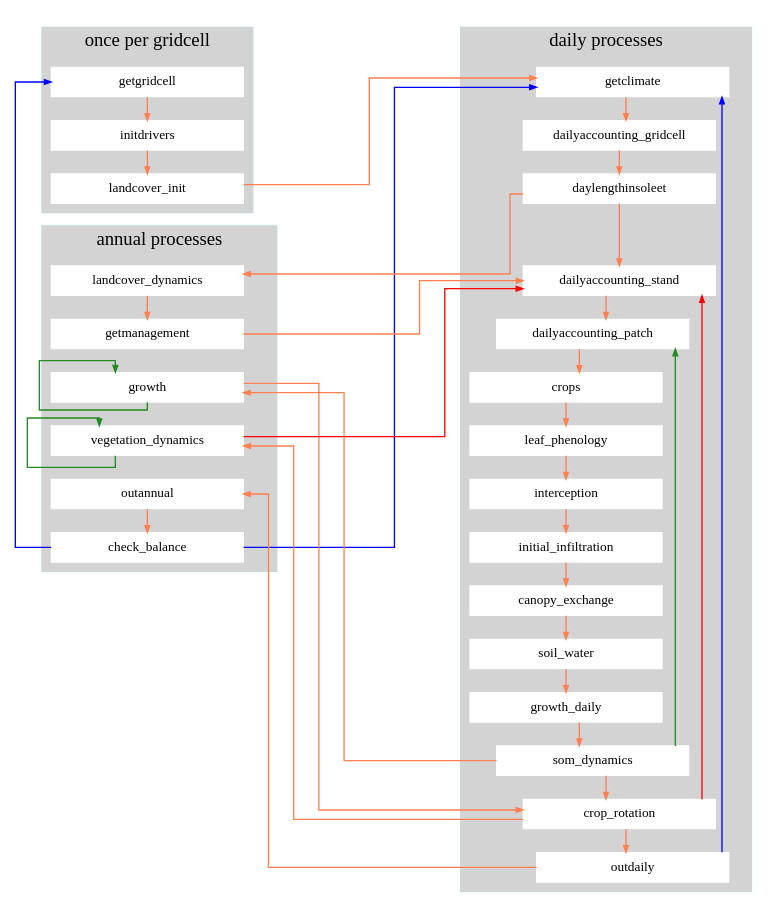
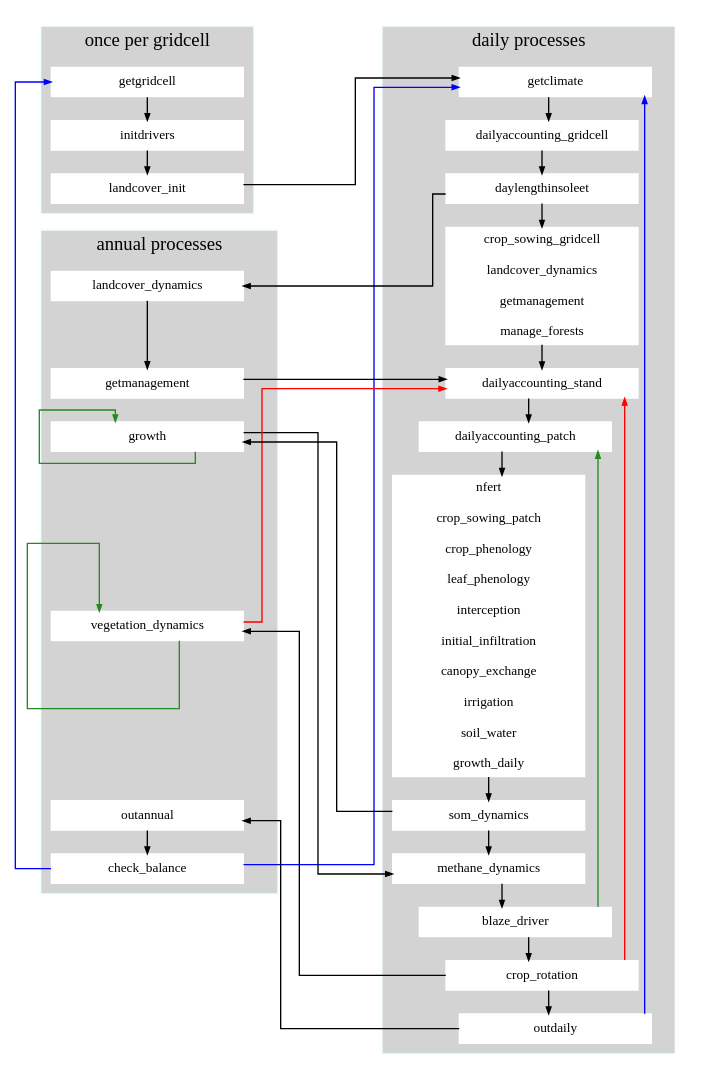
The diagram in reference/figures/framework.dot (mateusdp/LPJ-GUESS-NTD), drawn with Graphviz before and after one commit. The commit also changed 11 other files, not shown here.

```diff
--- a/reference/figures/framework.dot
+++ b/reference/figures/framework.dot
@@ -1,62 +1,59 @@
 digraph G {
 	fontname="oxygen mono"
 	splines = ortho;
 	node[shape=box, height=.3, width=2, fontsize=10, fontname="oxygen mono"];
-	edge[color=coral, arrowsize=.5];
+	edge[color=black, arrowsize=.5];
 	ranksep = 0.25;
 
 	subgraph cluster_gridcell {
 		color = azure
 		label = "once per gridcell";
 		bgcolor = lightgrey;
 		node [style=filled,color=white];
 		getgridcell -> initdrivers -> landcover_init;
 	}
 	subgraph cluster_annual {
 		color = azure
 		label = "annual processes";
 		bgcolor = lightgrey;
 		node [style=filled,color=white];
 		outannual -> check_balance;
 		landcover_dynamics -> getmanagement;
 		growth -> growth [color=forestgreen, dir=back];
 		vegetation_dynamics -> vegetation_dynamics [color=forestgreen, dir=back];
 		getmanagement -> growth -> vegetation_dynamics -> outannual[color=none];
 	}
 	subgraph cluster_daily {
 		color = azure
 		label = "daily processes"
 		bgcolor = lightgrey
 		node [style=filled,color=white];
 		getclimate ->
 		dailyaccounting_gridcell ->
 		daylengthinsoleet ->
+"crop_sowing_gridcell\n\nlandcover_dynamics\n\ngetmanagement\n\nmanage_forests" ->
 		dailyaccounting_stand ->
 		dailyaccounting_patch ->
-		crops ->
-		leaf_phenology ->
-		interception ->
-		initial_infiltration ->
-		canopy_exchange ->
-		soil_water ->
-		growth_daily ->
+"nfert\n\ncrop_sowing_patch\n\ncrop_phenology\n\nleaf_phenology\n\ninterception\n\ninitial_infiltration\n\ncanopy_exchange\n\nirrigation\n\nsoil_water\n\ngrowth_daily" ->
 		som_dynamics ->
+		methane_dynamics ->
+		blaze_driver ->
 		crop_rotation ->
 		outdaily;
-		som_dynamics -> dailyaccounting_patch[color=forestgreen];
+		blaze_driver -> dailyaccounting_patch[color=forestgreen];
 		crop_rotation -> dailyaccounting_stand[color=red];
 		outdaily -> getclimate[color=blue];
 	}
 
 	som_dynamics -> growth[constraint=false];
 	landcover_init -> getclimate[constraint=false];
-	growth -> crop_rotation[constraint=false];
+	growth -> methane_dynamics[constraint=false];
 	crop_rotation -> vegetation_dynamics[constraint=false];
 	outdaily -> outannual[constraint=false];
 	daylengthinsoleet -> landcover_dynamics[constraint=false];
 	getmanagement -> dailyaccounting_stand[constraint=false];
 	check_balance -> getclimate[color=blue, constraint=false];
 	check_balance -> getgridcell[color=blue, constraint=false];
 	landcover_init -> landcover_dynamics[color=none];
 	vegetation_dynamics -> dailyaccounting_stand[color=red, constraint=false];
 }
```
